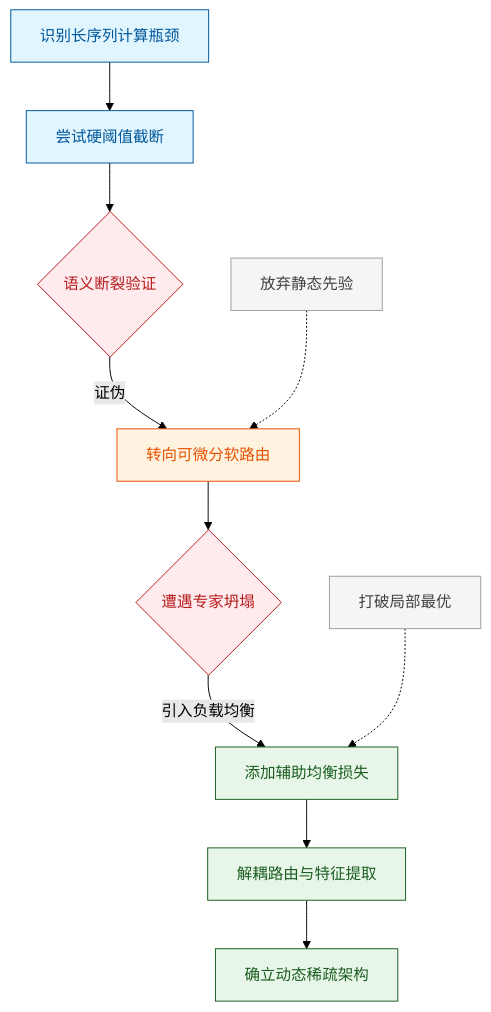
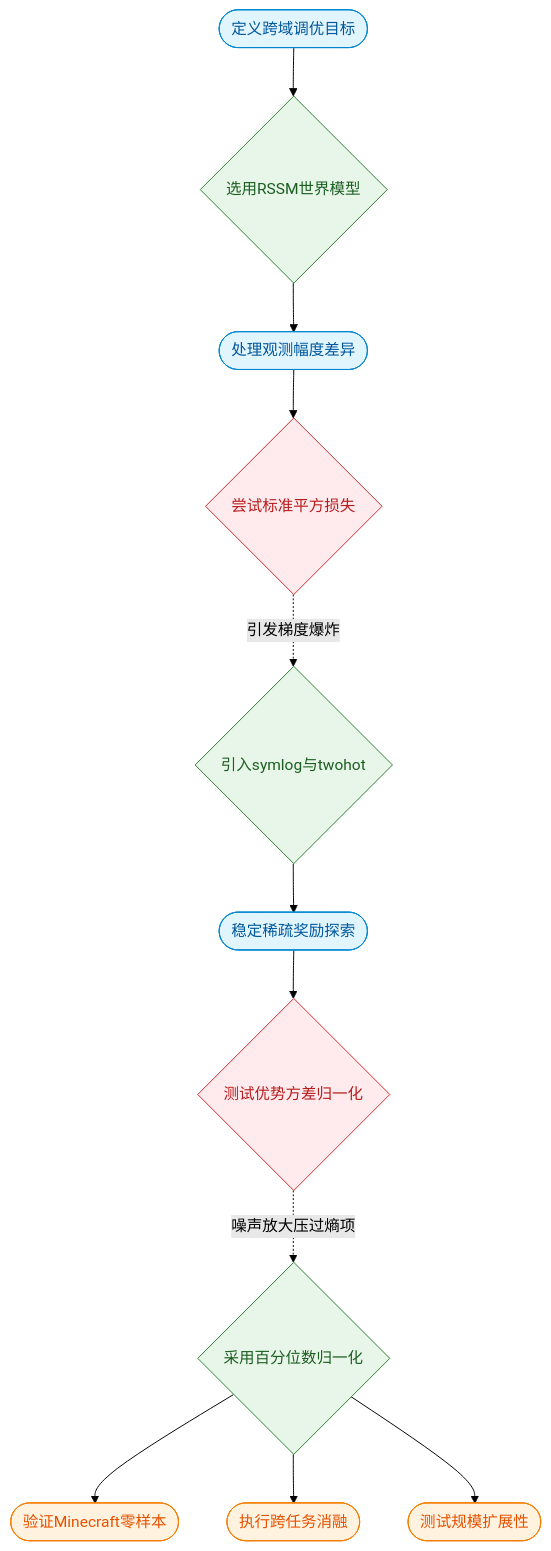
The seventh of 10 diagrams in person_vault/2026-06-08_MasteringDiverseDomainsThroughWorldModels_2301.04104/report.md (ShinewineW/paper-rolling), drawn with Mermaid (forest theme) before and after one commit. The commit also changed other lines of this file and 51 other files, not shown here.

````diff
--- a/person_vault/2026-06-08_MasteringDiverseDomainsThroughWorldModels_2301.04104/report.md
+++ b/person_vault/2026-06-08_MasteringDiverseDomainsThroughWorldModels_2301.04104/report.md
@@ -317,19 +499,18 @@
 ```mermaid
 flowchart TD
-    classDef start fill:#e1f5fe,color:#01579b,stroke:#01579b
-    classDef dead fill:#ffebee,color:#b71c1c,stroke:#b71c1c
-    classDef pivot fill:#fff3e0,color:#e65100,stroke:#e65100
-    classDef success fill:#e8f5e9,color:#1b5e20,stroke:#1b5e20
+  classDef q fill:#e1f5fe,color:#01579b,stroke:#0288d1
+  classDef d fill:#e8f5e9,color:#1b5e20,stroke:#2e7d32
+  classDef de fill:#ffebee,color:#b71c1c,stroke:#c62828
+  classDef e fill:#fff3e0,color:#e65100,stroke:#f57c00
 
-    start_node["识别长序列计算瓶颈"]:::start --> hard_mask["尝试硬阈值截断"]:::start
-    hard_mask --> fail_context{语义断裂验证}:::dead
-    fail_context -->|证伪| pivot_soft["转向可微分软路由"]:::pivot
-    pivot_soft --> expert_collapse{遭遇专家坍塌}:::dead
-    expert_collapse -->|引入负载均衡| balance_loss["添加辅助均衡损失"]:::success
-    balance_loss --> decouple["解耦路由与特征提取"]:::success
-    decouple --> final_arch["确立动态稀疏架构"]:::success
-
-    classDef note fill:#f5f5f5,color:#424242,stroke:#9e9e9e
-    note1["放弃静态先验"]:::note -.-> pivot_soft
-    note2["打破局部最优"]:::note -.-> balance_loss
+  q1(["定义跨域调优目标"]):::q --> d1{选用RSSM世界模型}:::d
+  d1 --> q2(["处理观测幅度差异"]):::q
+  q2 --> de1{尝试标准平方损失}:::de
+  de1 -.引发梯度爆炸.-> d2{引入symlog与twohot}:::d
+  d2 --> q3(["稳定稀疏奖励探索"]):::q
+  q3 --> de2{测试优势方差归一化}:::de
+  de2 -.噪声放大压过熵项.-> d3{采用百分位数归一化}:::d
+  d3 --> e1(["验证Minecraft零样本"]):::e
+  d3 --> e2(["执行跨任务消融"]):::e
+  d3 --> e3(["测试规模扩展性"]):::e
 ```
````
